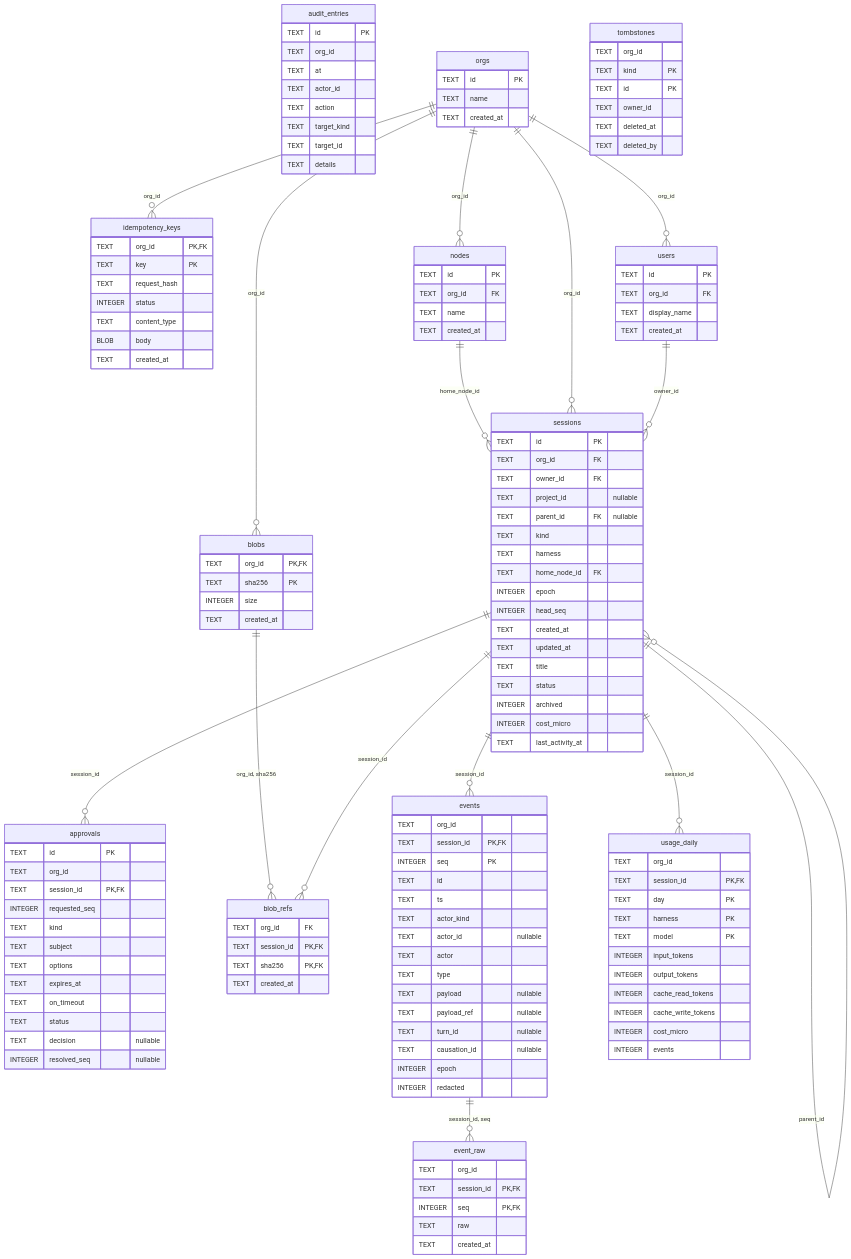
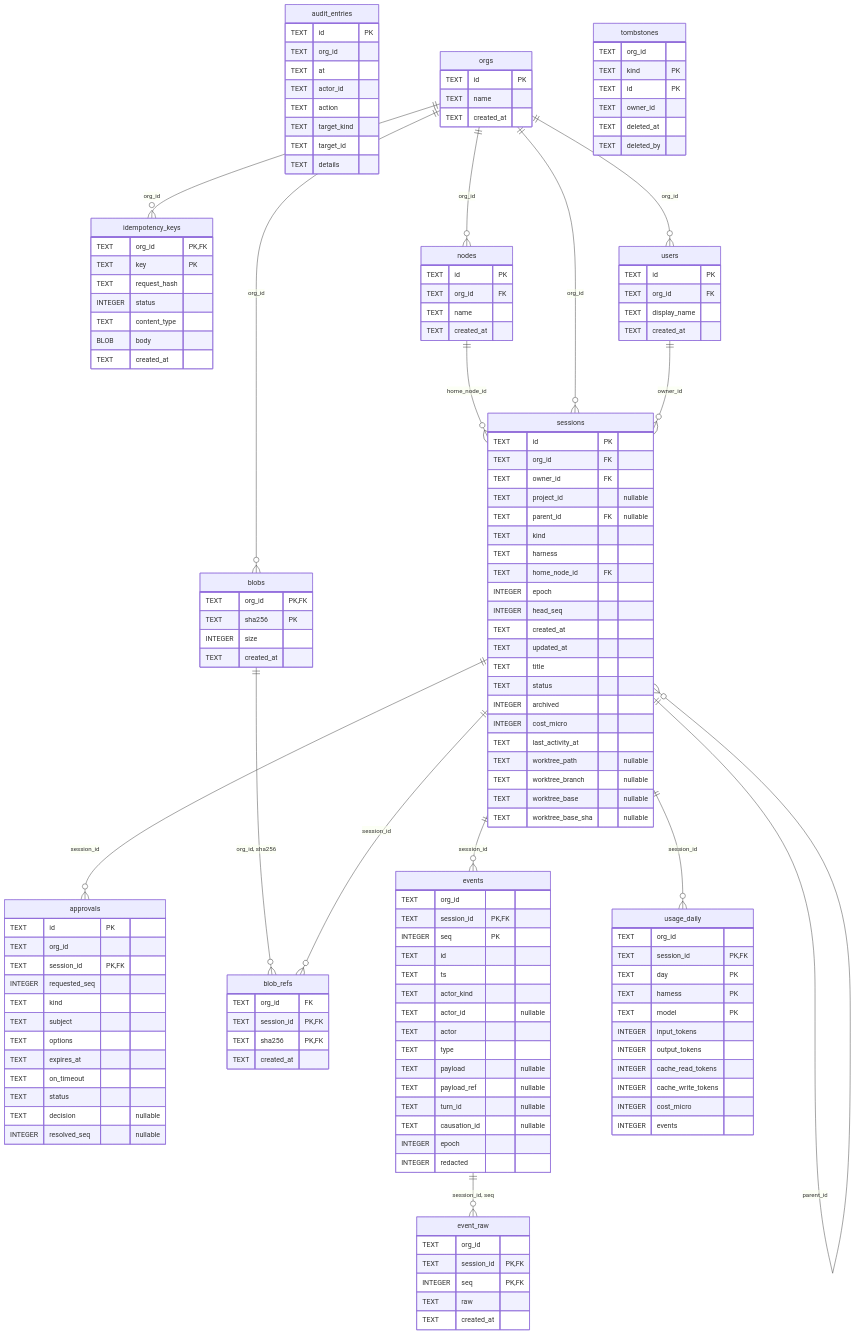
Before and after one commit to ifahrentholz/beton: the diagram in docs/generated/er-diagram.md, drawn with Mermaid. The commit also changed other lines of this file and 43 other files, not shown here.

```diff
--- a/docs/generated/er-diagram.md
+++ b/docs/generated/er-diagram.md
@@ -104,6 +104,10 @@
         INTEGER archived
         INTEGER cost_micro
         TEXT last_activity_at
+        TEXT worktree_path "nullable"
+        TEXT worktree_branch "nullable"
+        TEXT worktree_base "nullable"
+        TEXT worktree_base_sha "nullable"
     }
     tombstones {
         TEXT org_id
```
